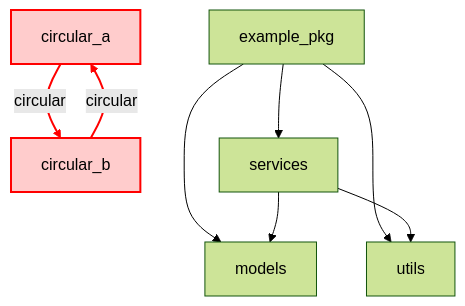
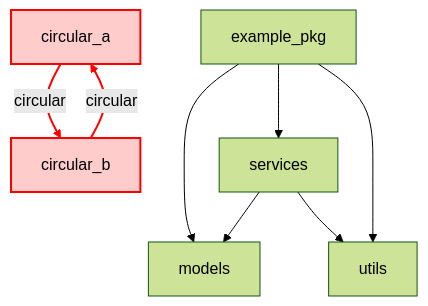
Before and after one commit to CouLiBaLy-B/visual-doc: the first of 2 diagrams in docs/index.md, drawn with Mermaid (forest theme). The commit also changed other lines of this file and 10 other files, not shown here.

````diff
--- a/docs/index.md
+++ b/docs/index.md
@@ -24,22 +24,22 @@
 ```mermaid
 flowchart TD
     example_pkg[example_pkg]
     example_pkg_circular_a[circular_a]
     example_pkg_circular_b[circular_b]
     example_pkg_models[models]
     example_pkg_services[services]
     example_pkg_utils[utils]
 
     example_pkg --> example_pkg_models
+    example_pkg --> example_pkg_services
     example_pkg --> example_pkg_utils
-    example_pkg --> example_pkg_services
     example_pkg_services --> example_pkg_models
     example_pkg_services --> example_pkg_utils
     example_pkg_circular_a -->|circular| example_pkg_circular_b
     example_pkg_circular_b -->|circular| example_pkg_circular_a
 
     style example_pkg_circular_a fill:#ffcccc,stroke:#ff0000,stroke-width:2px
     style example_pkg_circular_b fill:#ffcccc,stroke:#ff0000,stroke-width:2px
     linkStyle 5 stroke:#ff0000,stroke-width:2px
     linkStyle 6 stroke:#ff0000,stroke-width:2px
 ```
````
